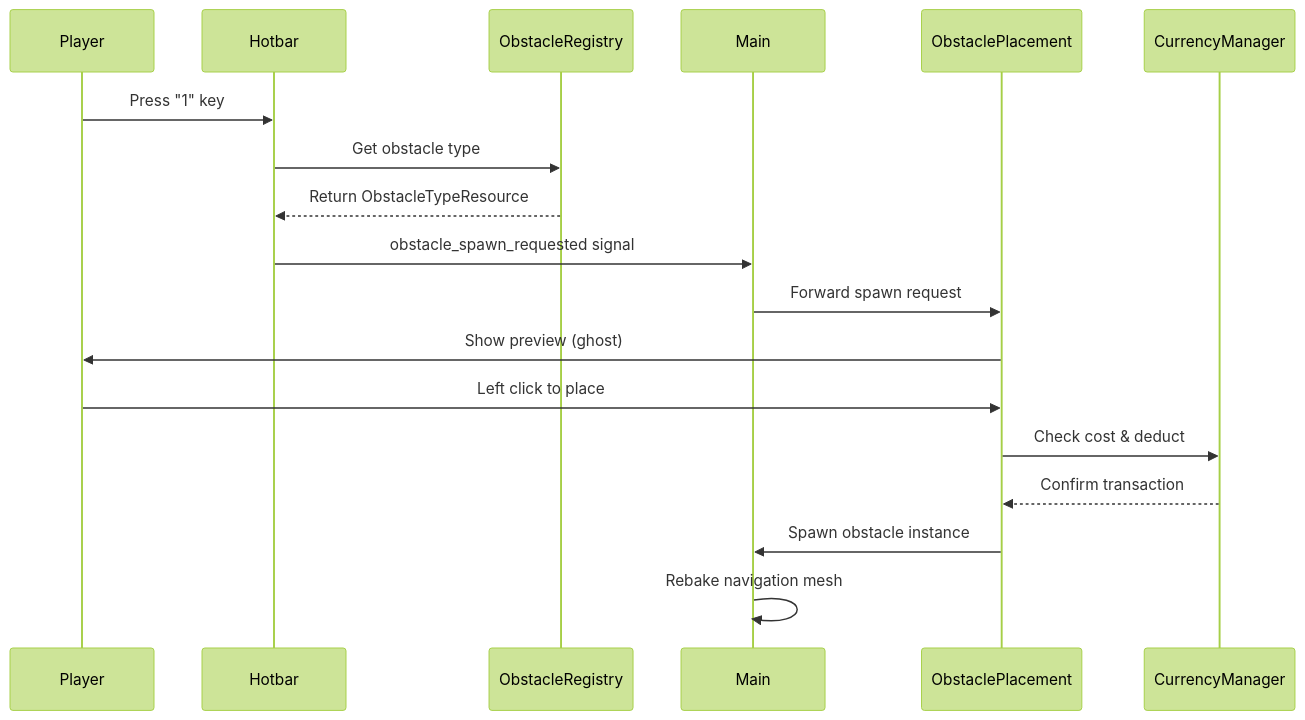
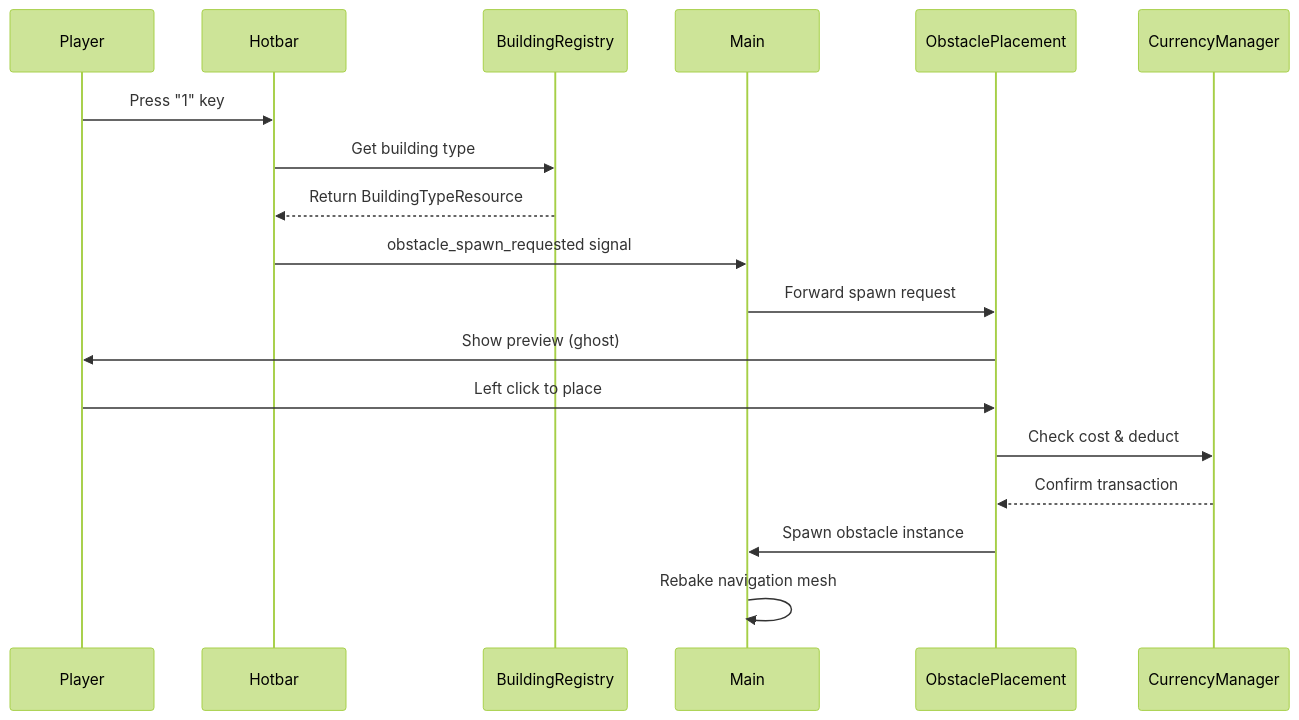
The seventh of 8 diagrams in docs/ARCHITECTURE.md (saebyn/godot-tower-defense), drawn with Mermaid (forest theme) before and after one commit. The commit also changed other lines of this file and 40 other files, not shown here.

Commit message:
feat: rename Obstacle→Building identifiers across codebase

````diff
--- a/docs/ARCHITECTURE.md
+++ b/docs/ARCHITECTURE.md
@@ -493,21 +493,21 @@
 ```mermaid
 sequenceDiagram
     participant Player
     participant Hotbar
-    participant ObstacleRegistry
+    participant BuildingRegistry
     participant Main
     participant ObstaclePlacement
     participant CurrencyManager
     
     Player->>Hotbar: Press "1" key
-    Hotbar->>ObstacleRegistry: Get obstacle type
-    ObstacleRegistry-->>Hotbar: Return ObstacleTypeResource
+    Hotbar->>BuildingRegistry: Get building type
+    BuildingRegistry-->>Hotbar: Return BuildingTypeResource
     Hotbar->>Main: obstacle_spawn_requested signal
     Main->>ObstaclePlacement: Forward spawn request
     ObstaclePlacement->>Player: Show preview (ghost)
     Player->>ObstaclePlacement: Left click to place
     ObstaclePlacement->>CurrencyManager: Check cost & deduct
     CurrencyManager-->>ObstaclePlacement: Confirm transaction
     ObstaclePlacement->>Main: Spawn obstacle instance
     Main->>Main: Rebake navigation mesh
 ```
````
